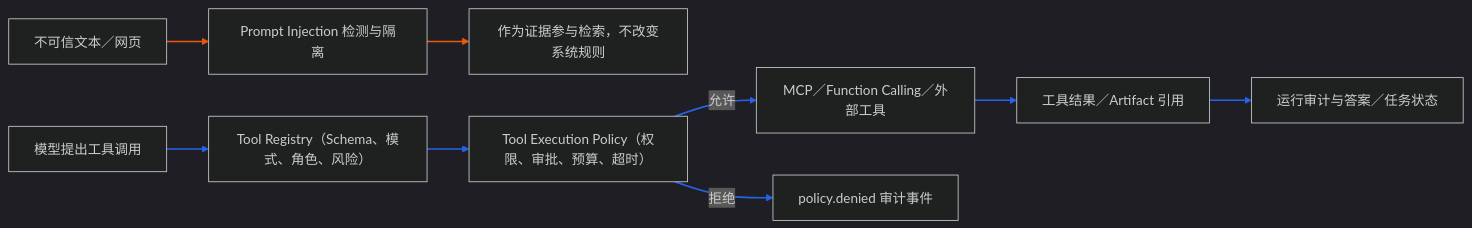
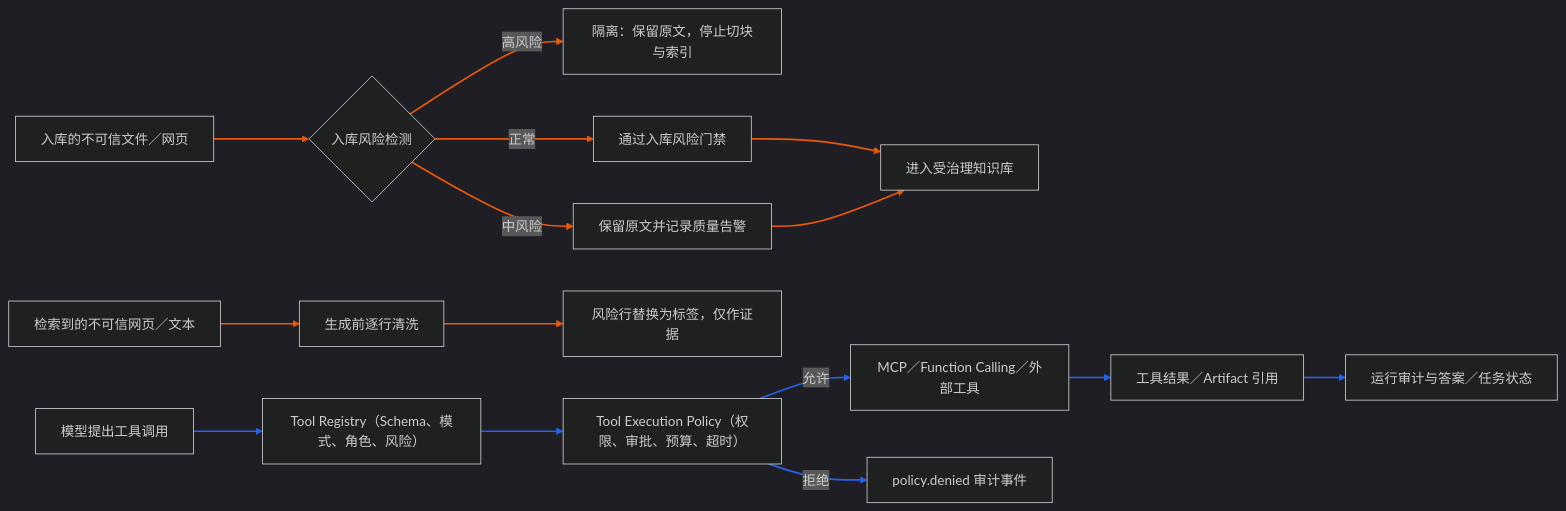
Before and after one commit to monstereatai/RAG: diagram 18 of 20 in docs/interview/功能步骤流程.md, drawn with Mermaid (dark theme). The commit also changed other lines of this file and 97 other files, not shown here.

````diff
--- a/docs/interview/功能步骤流程.md
+++ b/docs/interview/功能步骤流程.md
@@ -505,13 +739,19 @@
 ```mermaid
 flowchart LR
-  A[不可信文本／网页] --> B[Prompt Injection 检测与隔离]
-  B --> C[作为证据参与检索，不改变系统规则]
-  D[模型提出工具调用] --> E[Tool Registry（Schema、模式、角色、风险）]
-  E --> F[Tool Execution Policy（权限、审批、预算、超时）]
-  F -->|允许| G[MCP／Function Calling／外部工具]
-  F -->|拒绝| H[policy.denied 审计事件]
-  G --> I[工具结果／Artifact 引用]
-  I --> J[运行审计与答案／任务状态]
-  linkStyle 0,1 stroke:#ea580c,stroke-width:2px
-  linkStyle 2,3,4,5,6,7 stroke:#2563eb,stroke-width:2px
+  A[入库的不可信文件／网页] --> B{入库风险检测}
+  B -->|高风险| C[隔离：保留原文，停止切块与索引]
+  B -->|正常| D[通过入库风险门禁]
+  B -->|中风险| P[保留原文并记录质量告警]
+  D --> E[进入受治理知识库]
+  P --> E
+  F[检索到的不可信网页／文本] --> G[生成前逐行清洗]
+  G --> H[风险行替换为标签，仅作证据]
+  I[模型提出工具调用] --> J[Tool Registry（Schema、模式、角色、风险）]
+  J --> K[Tool Execution Policy（权限、审批、预算、超时）]
+  K -->|允许| L[MCP／Function Calling／外部工具]
+  K -->|拒绝| M[policy.denied 审计事件]
+  L --> N[工具结果／Artifact 引用]
+  N --> O[运行审计与答案／任务状态]
+  linkStyle 0,1,2,3,4,5,6,7 stroke:#ea580c,stroke-width:2px
+  linkStyle 8,9,10,11,12,13 stroke:#2563eb,stroke-width:2px
 ```
````
